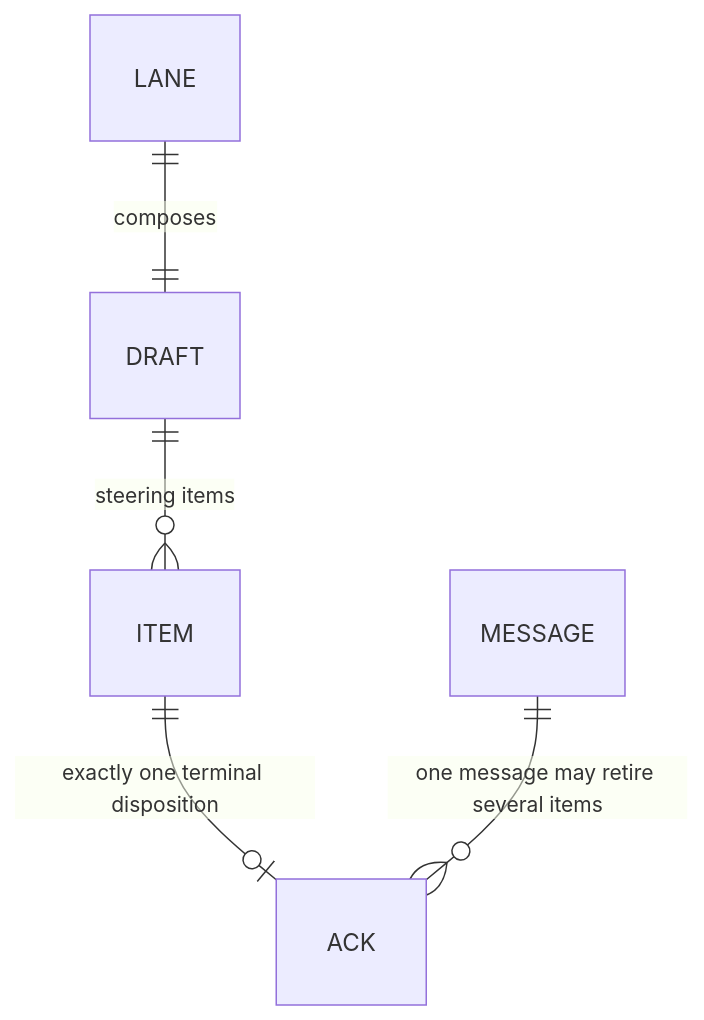
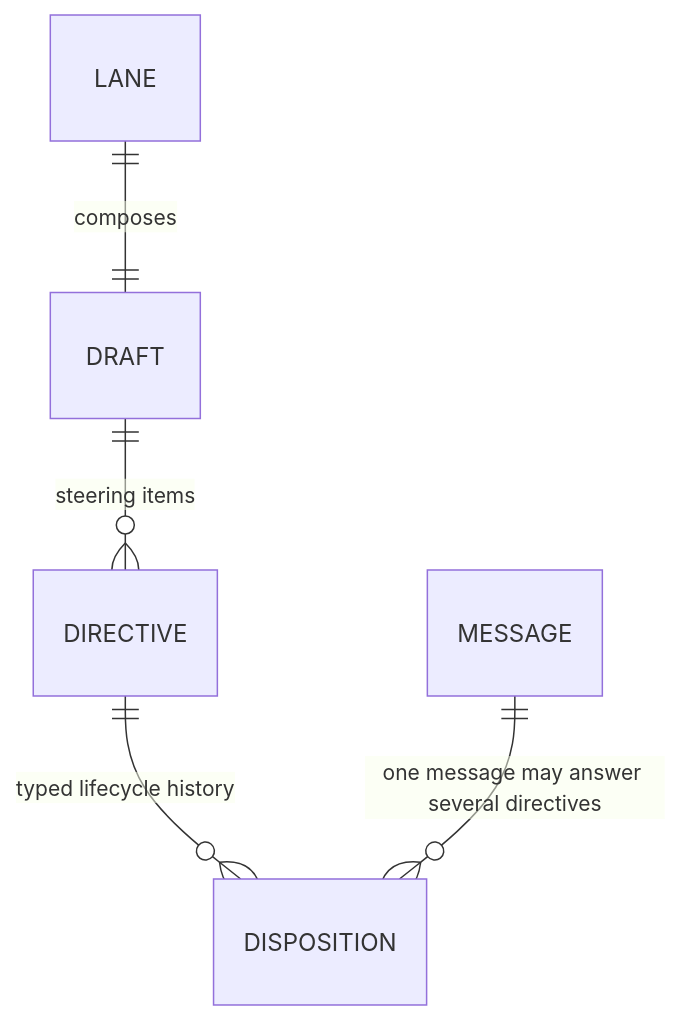
The fifth of 9 diagrams in docs/product/model/domain.md (infimalabs/spice-rust), drawn with Mermaid before and after one commit. The commit also changed other lines of this file and 71 other files, not shown here.

````diff
--- a/docs/product/model/domain.md
+++ b/docs/product/model/domain.md
@@ -80,7 +81,7 @@
 ```mermaid
 erDiagram
   LANE ||--|| DRAFT : composes
-  DRAFT ||--o{ ITEM : "steering items"
-  ITEM ||--o| ACK : "exactly one terminal disposition"
-  MESSAGE ||--o{ ACK : "one message may retire several items"
+  DRAFT ||--o{ DIRECTIVE : "steering items"
+  DIRECTIVE ||--o{ DISPOSITION : "typed lifecycle history"
+  MESSAGE ||--o{ DISPOSITION : "one message may answer several directives"
 ```
````
